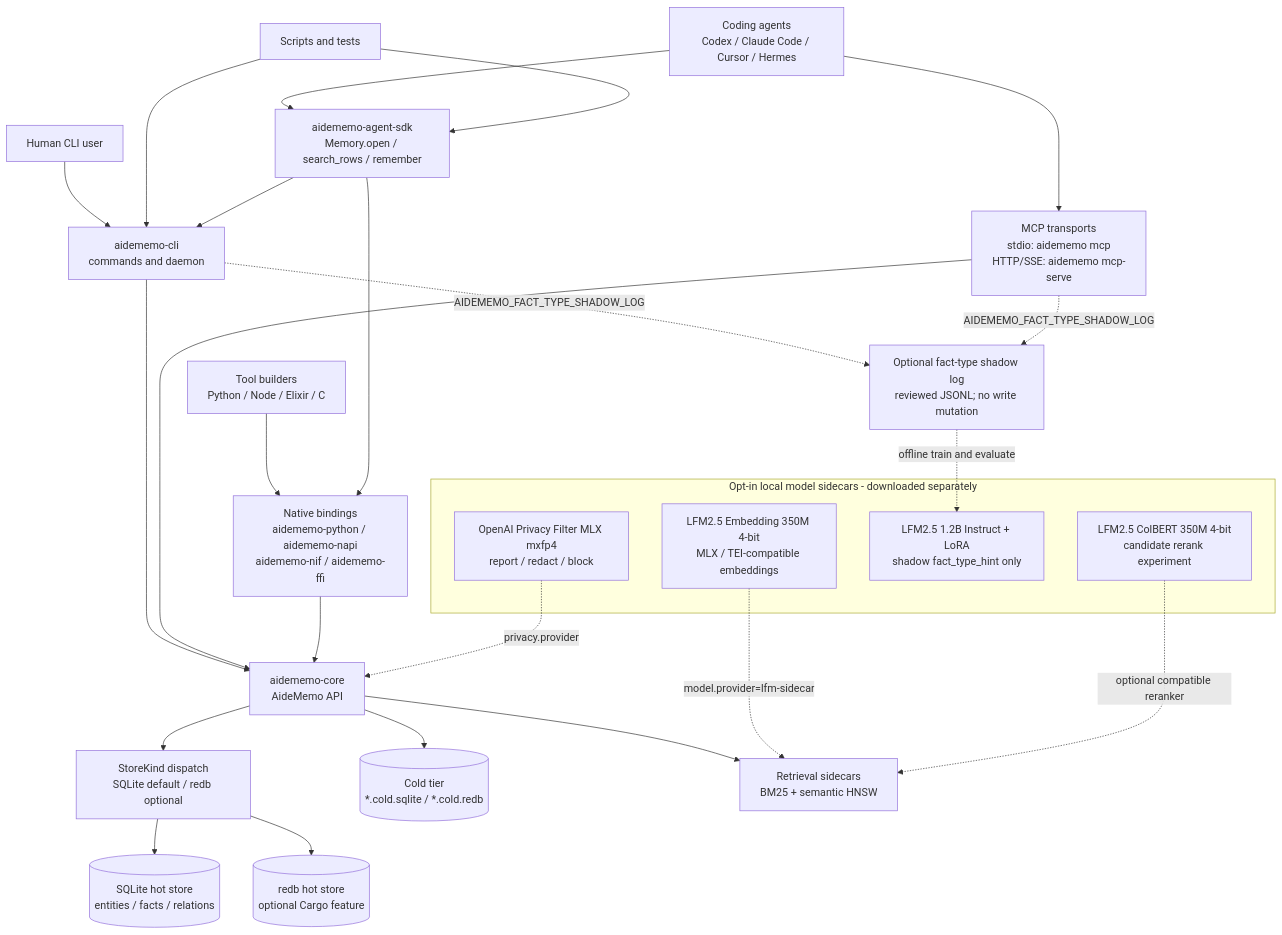
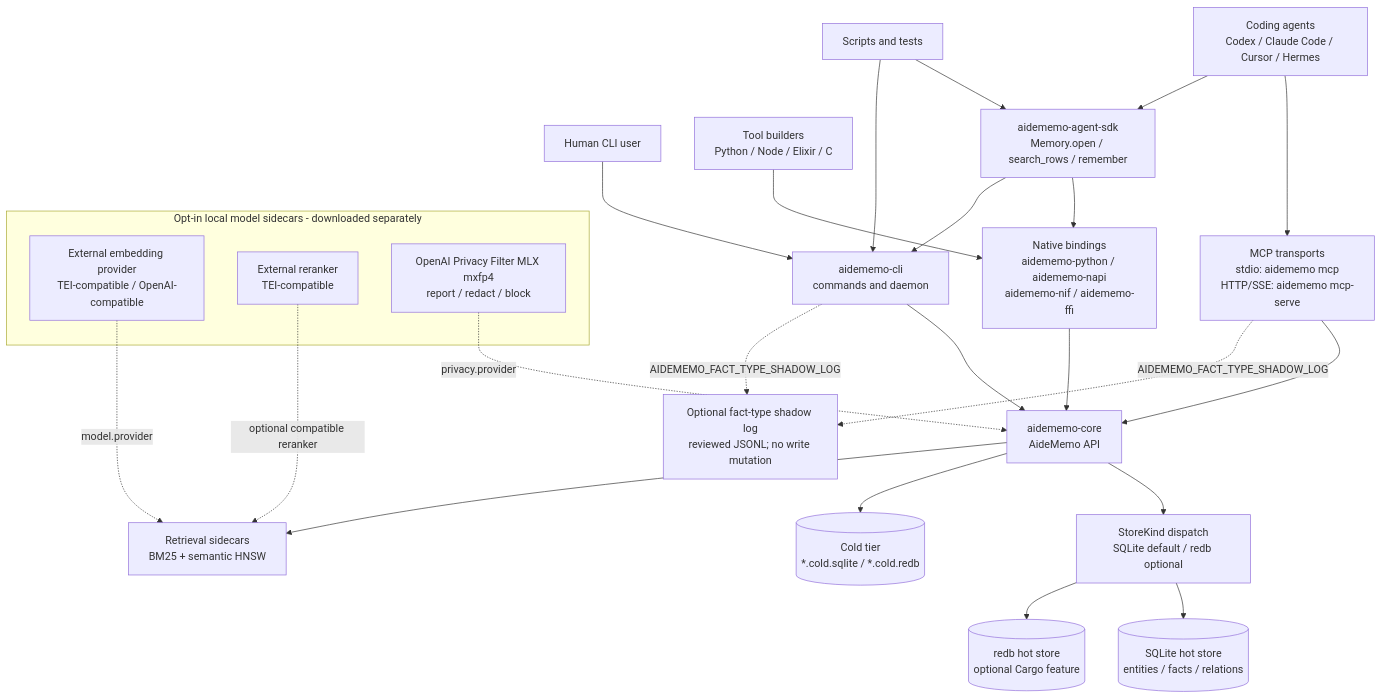
Before and after one commit to taeyun16/aidememo: the first of 4 diagrams in docs/ARCHITECTURE.md, drawn with Mermaid. The commit also changed other lines of this file and 38 other files, not shown here.

````diff
--- a/docs/ARCHITECTURE.md
+++ b/docs/ARCHITECTURE.md
@@ -15,50 +15,48 @@
 ```mermaid
 flowchart TB
   codex["Coding agents<br/>Codex / Claude Code / Cursor / Hermes"]
   human["Human CLI user"]
   scripts["Scripts and tests"]
   plugins["Tool builders<br/>Python / Node / Elixir / C"]
 
   cli["aidememo-cli<br/>commands and daemon"]
   mcp["MCP transports<br/>stdio: aidememo mcp<br/>HTTP/SSE: aidememo mcp-serve"]
   sdk["aidememo-agent-sdk<br/>Memory.open / search_rows / remember"]
   bindings["Native bindings<br/>aidememo-python / aidememo-napi<br/>aidememo-nif / aidememo-ffi"]
 
   core["aidememo-core<br/>AideMemo API"]
   backend["StoreKind dispatch<br/>SQLite default / redb optional"]
   sqlite[("SQLite hot store<br/>entities / facts / relations")]
   redb[("redb hot store<br/>optional Cargo feature")]
   cold[("Cold tier<br/>*.cold.sqlite / *.cold.redb")]
   indexes["Retrieval sidecars<br/>BM25 + semantic HNSW"]
   shadow["Optional fact-type shadow log<br/>reviewed JSONL; no write mutation"]
 
   subgraph optional_models["Opt-in local model sidecars - downloaded separately"]
-    lfm_embed["LFM2.5 Embedding 350M 4-bit<br/>MLX / TEI-compatible embeddings"]
-    lfm_rerank["LFM2.5 ColBERT 350M 4-bit<br/>candidate rerank experiment"]
-    lfm_type["LFM2.5 1.2B Instruct + LoRA<br/>shadow fact_type_hint only"]
+    external_embed["External embedding provider<br/>TEI-compatible / OpenAI-compatible"]
+    external_rerank["External reranker<br/>TEI-compatible"]
     privacy_model["OpenAI Privacy Filter MLX mxfp4<br/>report / redact / block"]
   end
 
   human --> cli
   codex --> mcp
   codex --> sdk
   scripts --> sdk
   scripts --> cli
   plugins --> bindings
   cli --> core
   mcp --> core
   sdk --> bindings
   sdk --> cli
   bindings --> core
   core --> backend
   backend --> sqlite
   backend --> redb
   core --> cold
   core --> indexes
   cli -. "AIDEMEMO_FACT_TYPE_SHADOW_LOG" .-> shadow
   mcp -. "AIDEMEMO_FACT_TYPE_SHADOW_LOG" .-> shadow
-  lfm_embed -. "model.provider=lfm-sidecar" .-> indexes
-  lfm_rerank -. "optional compatible reranker" .-> indexes
-  shadow -. "offline train and evaluate" .-> lfm_type
+  external_embed -. "model.provider" .-> indexes
+  external_rerank -. "optional compatible reranker" .-> indexes
   privacy_model -. "privacy.provider" .-> core
 ```
````
